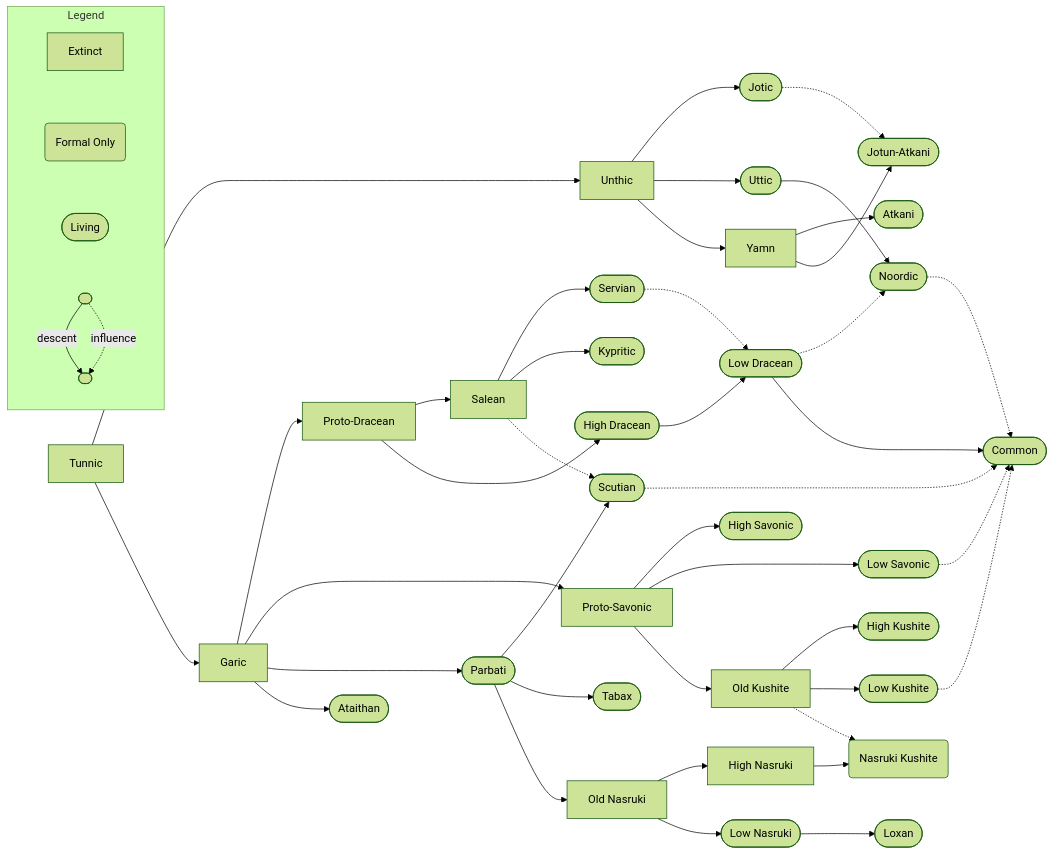
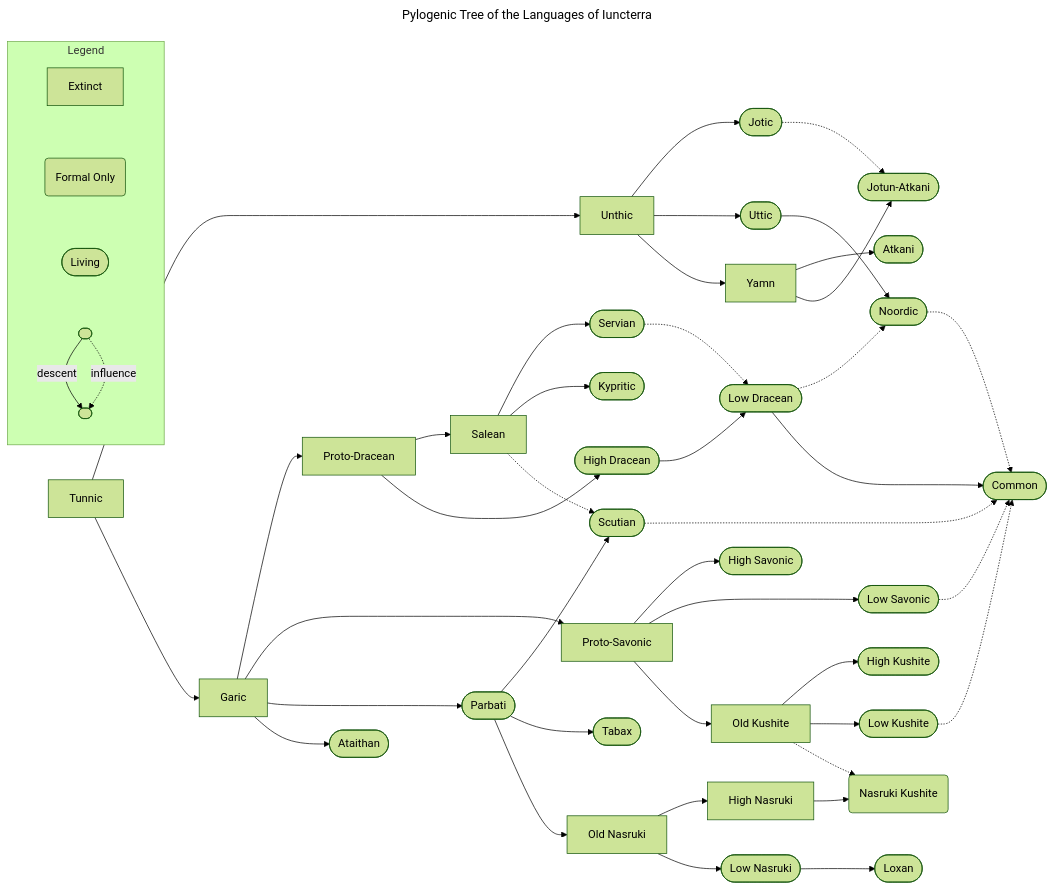
Before and after one commit to TEParsons/Iuncterra: the diagram in source/lore/languages/index.md, drawn with Mermaid (forest theme).

Commit message:
Give the languages phylotree a title

````diff
--- a/source/lore/languages/index.md
+++ b/source/lore/languages/index.md
@@ -6,5 +6,8 @@
 ```mermaid
-graph LR
+---
+title: Pylogenic Tree of the Languages of Iuncterra
+---
+flowchart LR
 
 %% define nodes
 tunnic[Tunnic]
````
